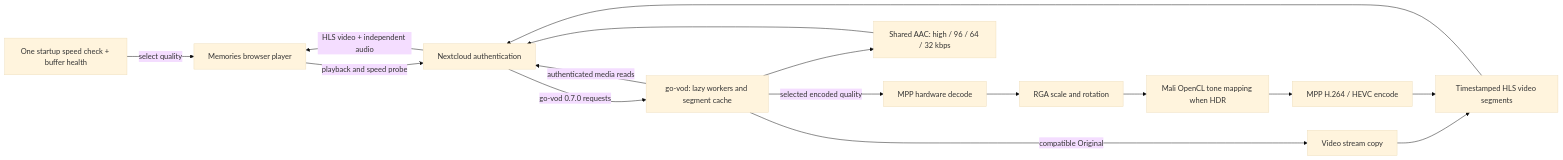
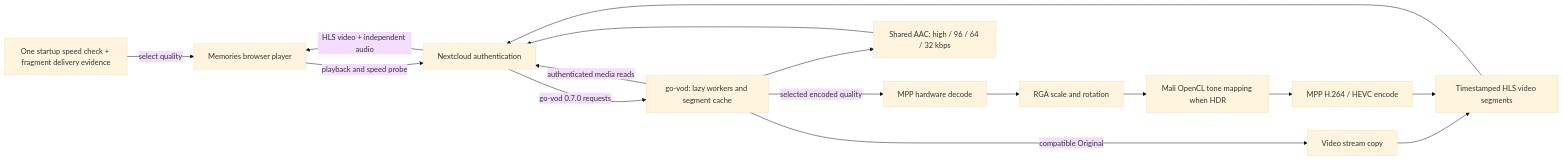
Before and after one commit to meitelis/memories-rkmpp: the diagram in README.md, drawn with Mermaid (base theme). The commit also changed other lines of this file, not shown here.

Commit message:
Align README with single fragment-driven Auto controller and fixed audio track

````diff
--- a/README.md
+++ b/README.md
@@ -11,18 +11,18 @@
 ```mermaid
 flowchart LR
     P["Memories browser player"] -->|"playback and speed probe"| N["Nextcloud authentication"]
     N -->|"go-vod 0.7.0 requests"| M["go-vod: lazy workers and segment cache"]
     M -->|"authenticated media reads"| N
     M -->|"compatible Original"| C["Video stream copy"]
     M -->|"selected encoded quality"| D["MPP hardware decode"]
     D --> R["RGA scale and rotation"]
     R --> T["Mali OpenCL tone mapping when HDR"]
     T --> E["MPP H.264 / HEVC encode"]
     C --> V["Timestamped HLS video segments"]
     E --> V
     M --> A["Shared AAC: high / 96 / 64 / 32 kbps"]
     V --> N
     A --> N
     N -->|"HLS video + independent audio"| P
-    B["One startup speed check + buffer health"] -->|"select quality"| P
+    B["One startup speed check + fragment delivery evidence"] -->|"select quality"| P
 ```
````
